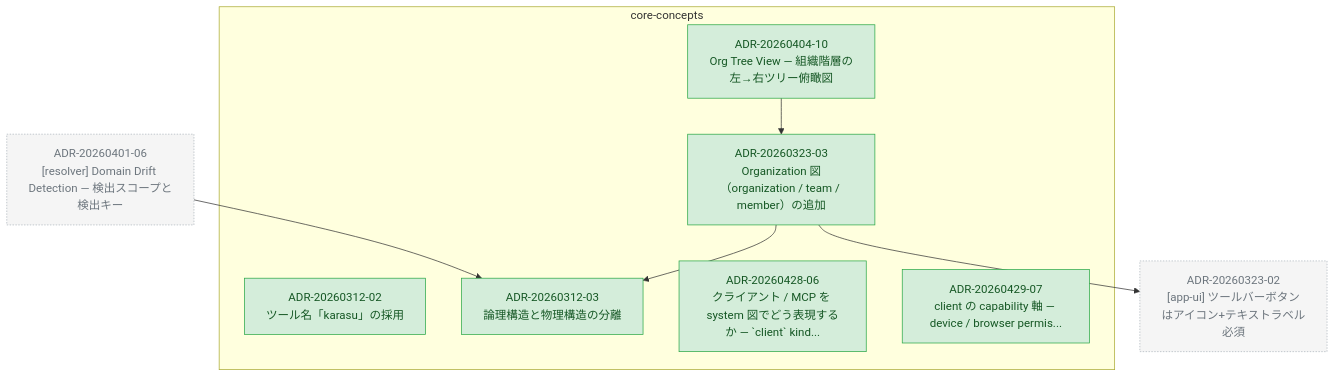
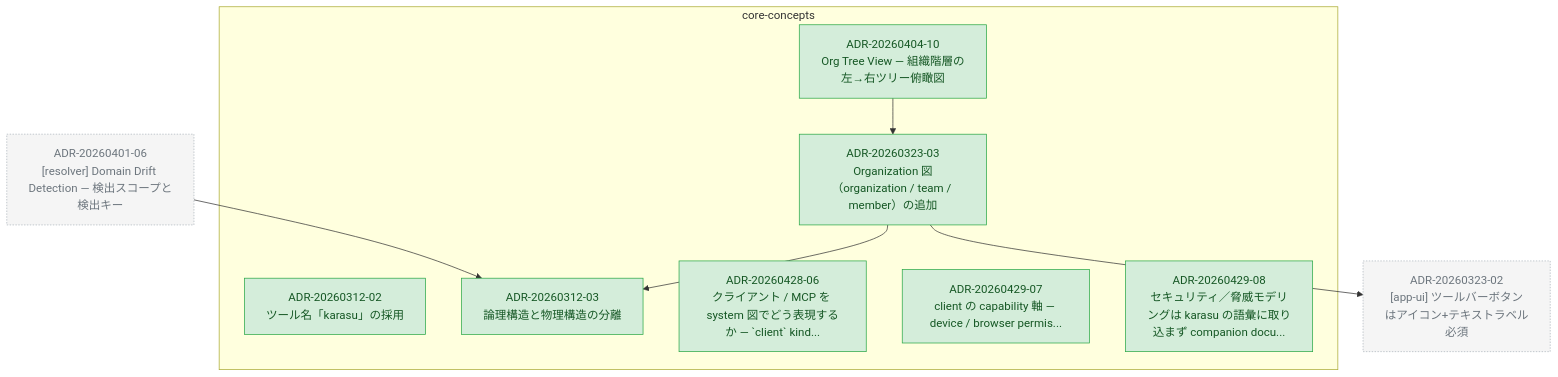
Before and after one commit to kompiro/karasu: the diagram in docs/adr/graph/core-concepts.md, drawn with Mermaid. The commit also changed other lines of this file and 4 other files, not shown here.

First line of the commit message:
docs(adr): record stance that security/threat modeling stays outside karasu vocabulary

````diff
--- a/docs/adr/graph/core-concepts.md
+++ b/docs/adr/graph/core-concepts.md
@@ -6,32 +6,34 @@
 ```mermaid
 flowchart TD
   subgraph core-concepts["core-concepts"]
     ADR_20260312_02["ADR-20260312-02<br/>ツール名「karasu」の採用"]
     ADR_20260312_03["ADR-20260312-03<br/>論理構造と物理構造の分離"]
     ADR_20260323_03["ADR-20260323-03<br/>Organization 図（organization / team / member）の追加"]
     ADR_20260404_10["ADR-20260404-10<br/>Org Tree View — 組織階層の左→右ツリー俯瞰図"]
     ADR_20260428_06["ADR-20260428-06<br/>クライアント / MCP を system 図でどう表現するか — `client` kind..."]
     ADR_20260429_07["ADR-20260429-07<br/>client の capability 軸 — device / browser permis..."]
+    ADR_20260429_08["ADR-20260429-08<br/>セキュリティ／脅威モデリングは karasu の語彙に取り込まず companion docu..."]
   end
   ADR_20260323_02["ADR-20260323-02<br/>[app-ui] ツールバーボタンはアイコン+テキストラベル必須"]
   ADR_20260401_06["ADR-20260401-06<br/>[resolver] Domain Drift Detection — 検出スコープと検出キー"]
   ADR_20260323_03 --> ADR_20260312_03
   ADR_20260323_03 --> ADR_20260323_02
   ADR_20260404_10 --> ADR_20260323_03
   ADR_20260401_06 --> ADR_20260312_03
 
   classDef accepted fill:#d4edda,stroke:#28a745,color:#155724
   classDef proposed fill:#fff3cd,stroke:#ffc107,color:#856404
   classDef deprecated fill:#f8d7da,stroke:#dc3545,color:#721c24
   classDef superseded fill:#e2e3e5,stroke:#6c757d,color:#383d41
   classDef not_adopted fill:#e2e3e5,stroke:#6c757d,color:#383d41,stroke-dasharray:3 3
   classDef ghost fill:#f5f5f5,stroke:#adb5bd,color:#6c757d,stroke-dasharray:2 2
   class ADR_20260312_02 accepted
   class ADR_20260312_03 accepted
   class ADR_20260323_03 accepted
   class ADR_20260404_10 accepted
   class ADR_20260428_06 accepted
   class ADR_20260429_07 accepted
+  class ADR_20260429_08 accepted
   class ADR_20260323_02 ghost
   class ADR_20260401_06 ghost
 ```
````
